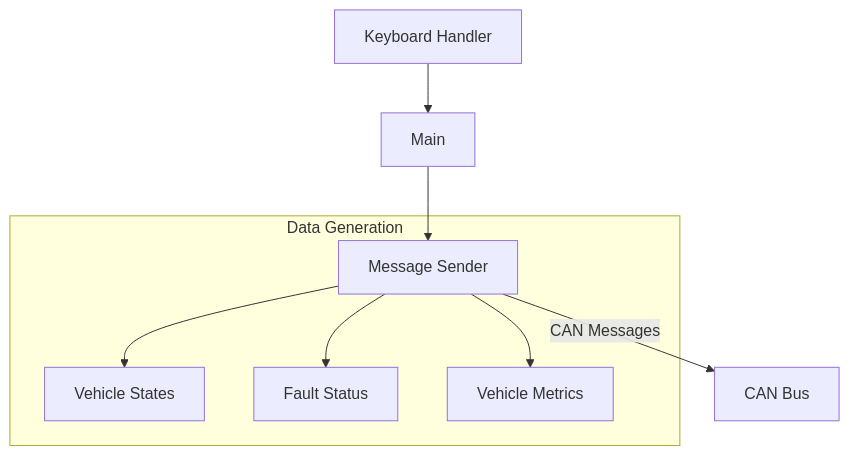
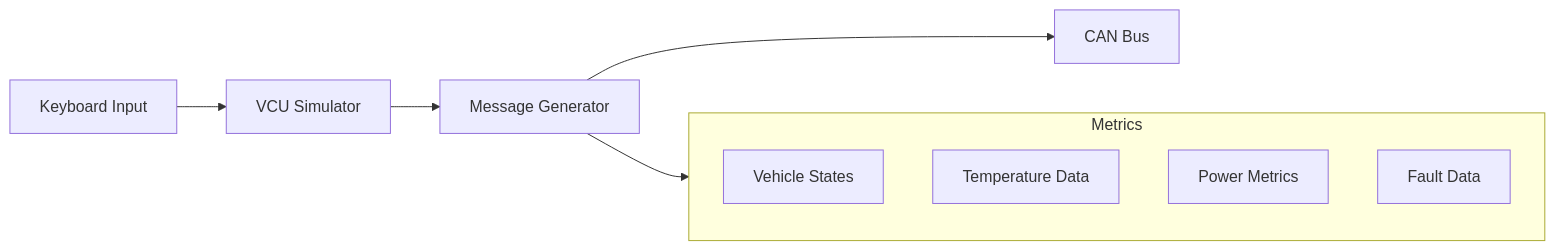
Before and after one commit to kingmaxkulick/fake_vcu_project: the diagram in README.md, drawn with Mermaid.

````diff
--- a/README.md
+++ b/README.md
@@ -16,12 +16,13 @@
 ```mermaid
-graph TB
-    KB[Keyboard Handler] --> Main
-    Main --> MS[Message Sender]
-    MS -->|CAN Messages| Bus[CAN Bus]
-    
-    subgraph Data Generation
-        MS --> States[Vehicle States]
-        MS --> Faults[Fault Status]
-        MS --> Metrics[Vehicle Metrics]
+graph LR
+    KB[Keyboard Input] --> VCU[VCU Simulator]
+    VCU --> MSG[Message Generator]
+    MSG --> CAN[CAN Bus]
+    subgraph Metrics
+        M1[Vehicle States]
+        M2[Temperature Data]
+        M3[Power Metrics]
+        M4[Fault Data]
     end
+    MSG --> Metrics
 ```
````
